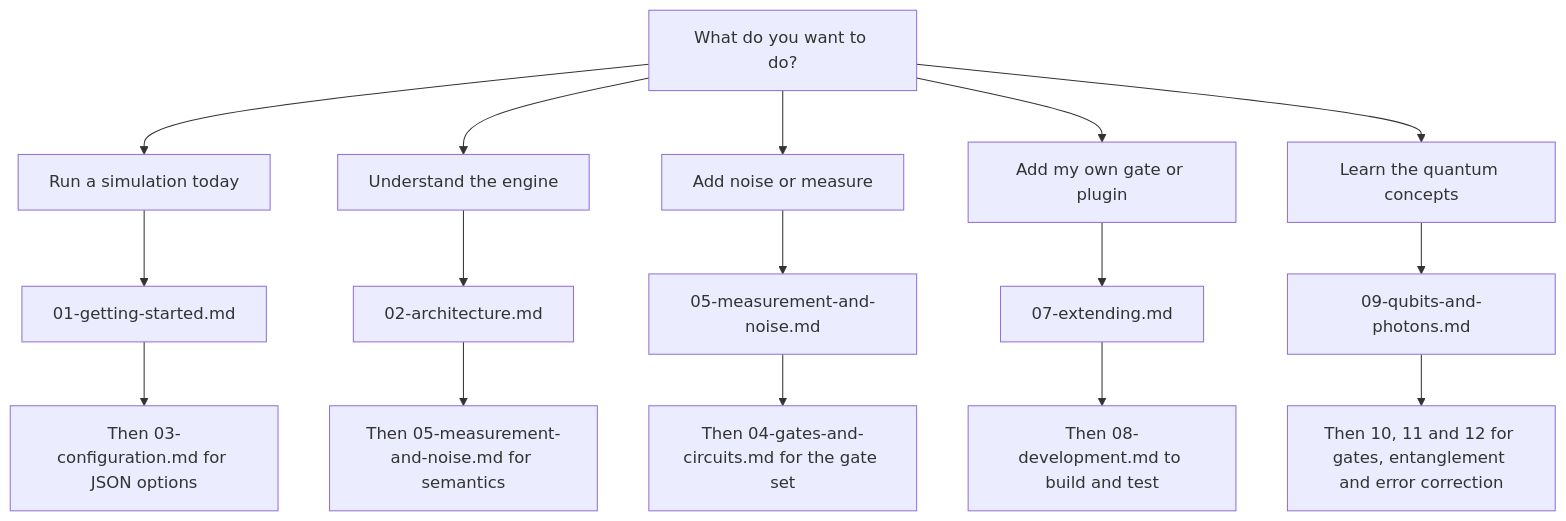
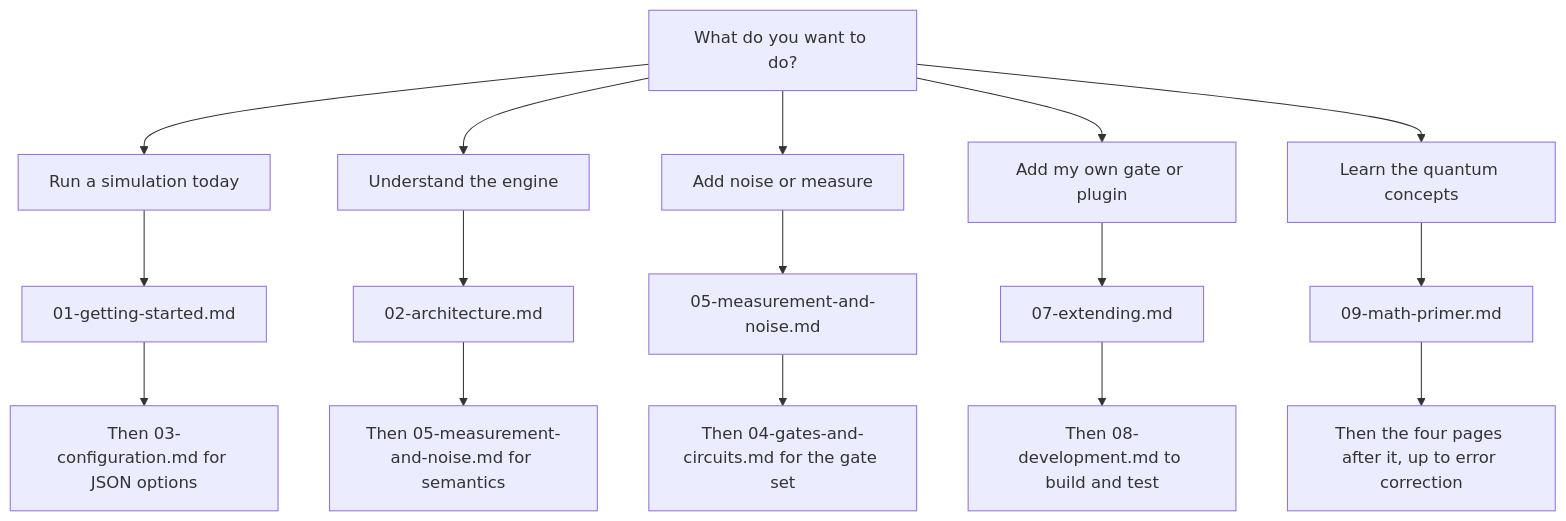
The diagram in docs/README.md (CharafeddineMechalikh/QForge), drawn with Mermaid before and after one commit. The commit also changed other lines of this file and 9 other files, not shown here.

Commit message:
Add a math primer and result-reading guide to the background series, and drop numbered guide columns from both READMEs

````diff
--- a/docs/README.md
+++ b/docs/README.md
@@ -48,20 +48,20 @@
 ```mermaid
 flowchart TD
     Q["What do you want to do?"]
     Q --> A["Run a simulation today"]
     Q --> B["Understand the engine"]
     Q --> C["Add noise or measure"]
     Q --> D["Add my own gate or plugin"]
     Q --> E["Learn the quantum concepts"]
 
     A --> A1["01-getting-started.md"]
     A1 --> A2["Then 03-configuration.md for JSON options"]
     B --> B1["02-architecture.md"]
     B1 --> B2["Then 05-measurement-and-noise.md for semantics"]
     C --> C1["05-measurement-and-noise.md"]
     C1 --> C2["Then 04-gates-and-circuits.md for the gate set"]
     D --> D1["07-extending.md"]
     D1 --> D2["Then 08-development.md to build and test"]
-    E --> E1["09-qubits-and-photons.md"]
-    E1 --> E2["Then 10, 11 and 12 for gates, entanglement and error correction"]
+    E --> E1["09-math-primer.md"]
+    E1 --> E2["Then the four pages after it, up to error correction"]
 ```
````
